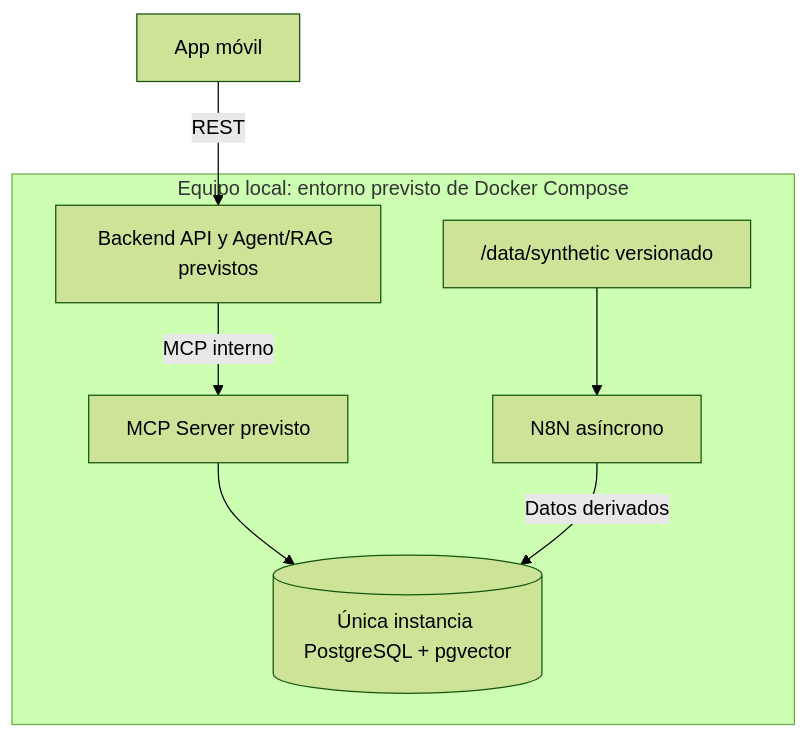
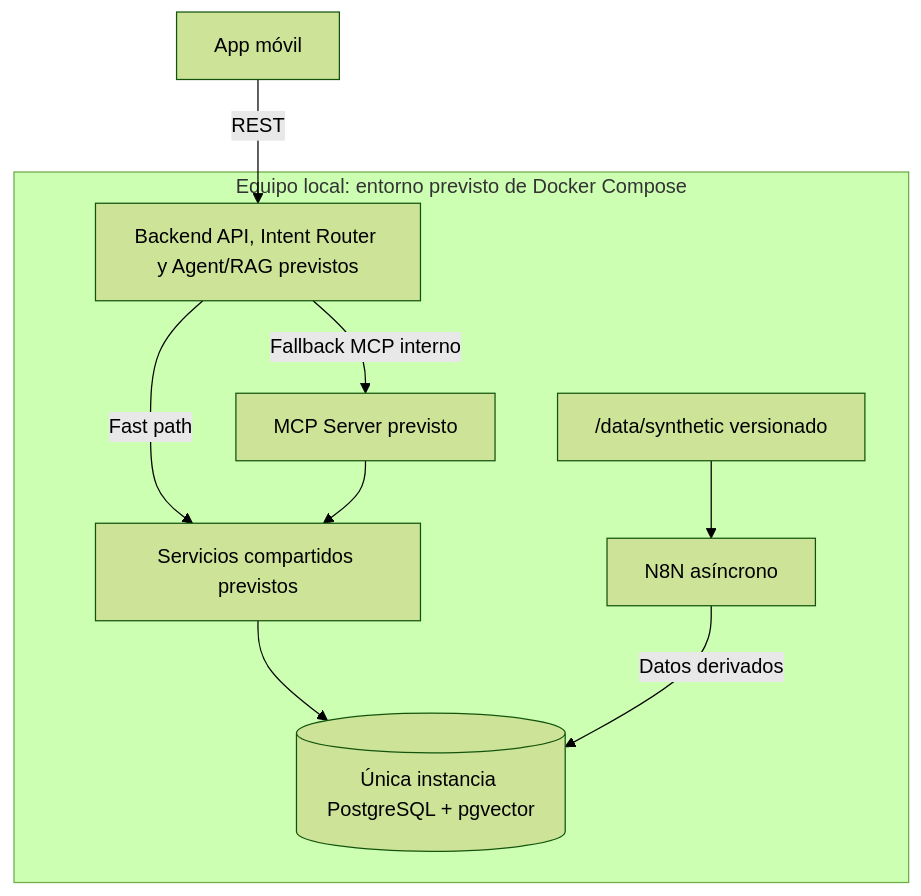
Before and after one commit to XeyKG/BanuChat_: the third of 3 diagrams in docs/arquitectura.md, drawn with Mermaid (forest theme). The commit also changed other lines of this file and 8 other files, not shown here.

````diff
--- a/docs/arquitectura.md
+++ b/docs/arquitectura.md
@@ -77,10 +92,12 @@
 ```mermaid
 flowchart TB
-    M["App móvil"] -->|"REST"| B["Backend API y Agent/RAG previstos"]
+    M["App móvil"] -->|"REST"| B["Backend API, Intent Router y Agent/RAG previstos"]
     subgraph LOCAL["Equipo local: entorno previsto de Docker Compose"]
-        B -->|"MCP interno"| C["MCP Server previsto"]
-        C --> P[("Única instancia PostgreSQL + pgvector")]
+        B -->|"Fallback MCP interno"| C["MCP Server previsto"]
+        B -->|"Fast path"| S["Servicios compartidos previstos"]
+        C --> S
+        S --> P[("Única instancia PostgreSQL + pgvector")]
         N["N8N asíncrono"] -->|"Datos derivados"| P
         D["/data/synthetic versionado"] --> N
     end
 ```
````
